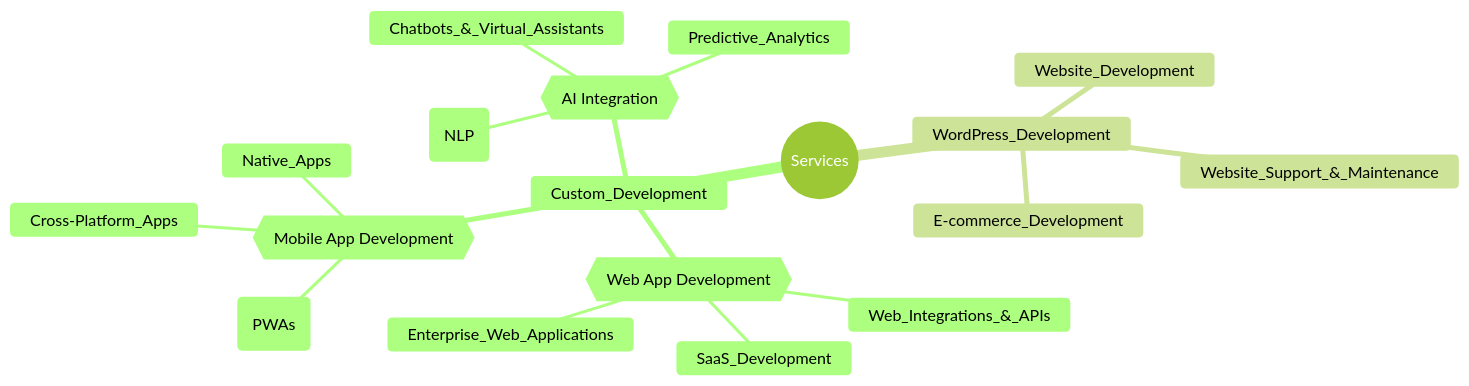
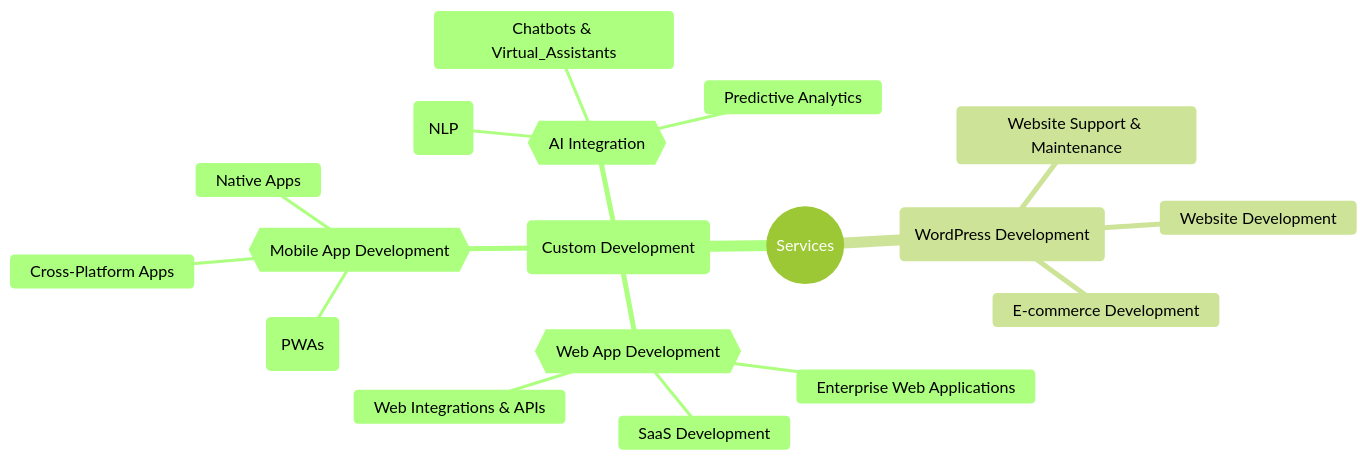
One commit to outsoarph/.github changed the diagram in profile/SERVICES.md. Above: the diagram before and after it, drawn with Mermaid (forest theme).

Commit message:
Refactor mindmap in SERVICES.md for improved clarity and organization of service categories and descriptions

````diff
--- a/profile/SERVICES.md
+++ b/profile/SERVICES.md
@@ -3,21 +3,21 @@
 ```mermaid
 mindmap
   root((Services))
-    Custom_Development
+    Custom_Development(Custom Development)
       Web_App_Development{{Web App Development}}
-        SaaS_Development
-        Enterprise_Web_Applications
-        Web_Integrations_&_APIs
+        SaaS Development
+        Enterprise Web Applications
+        Web Integrations & APIs
       Mobile_App_Development{{Mobile App Development}}
-        Cross-Platform_Apps
-        Native_Apps
-        Progressive_Web_Apps_(PWAs)
+        Cross-Platform Apps
+        Native Apps
+        Progressive Web Apps (PWAs)
       AI_Integration{{AI Integration}}
-        Chatbots_&_Virtual_Assistants
-        Predictive_Analytics
-        Natural_Language_Processing_(NLP)
-    WordPress_Development
-      Website_Development
-      E-commerce_Development
-      Website_Support_&_Maintenance
+        Chatbots & Virtual_Assistants
+        Predictive Analytics
+        Natural Language Processing (NLP)
+    WordPress_Development(WordPress Development)
+      Website Development
+      E-commerce Development
+      Website Support & Maintenance
 ```
````
